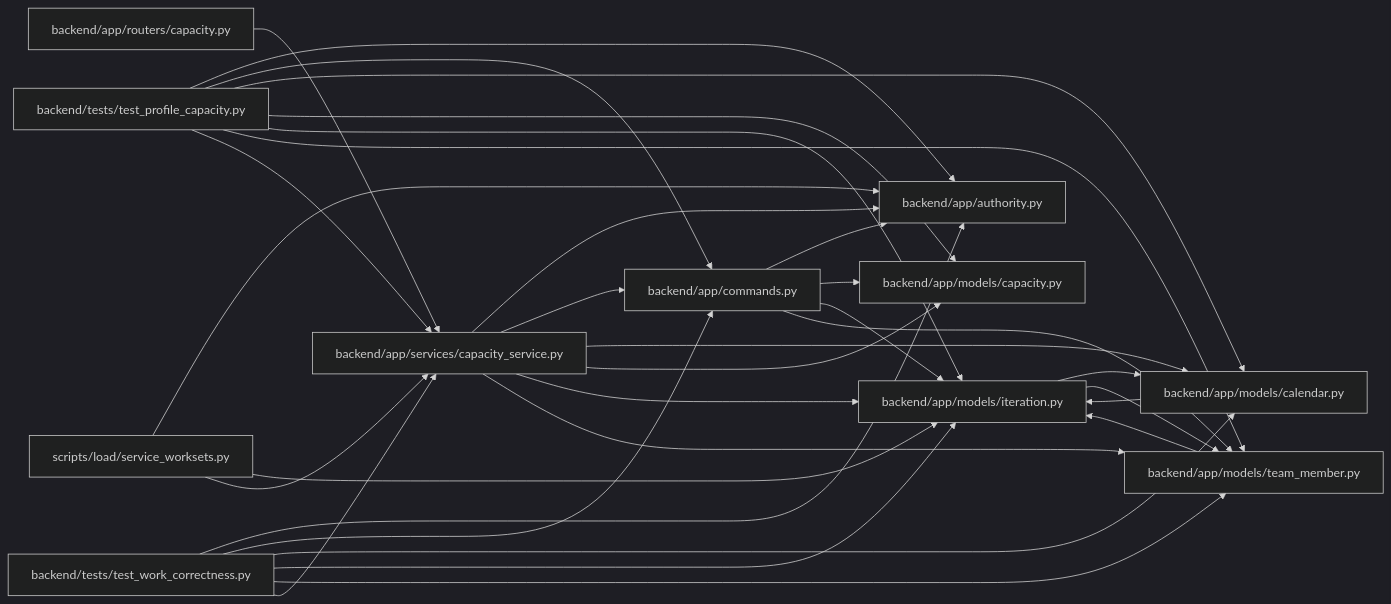
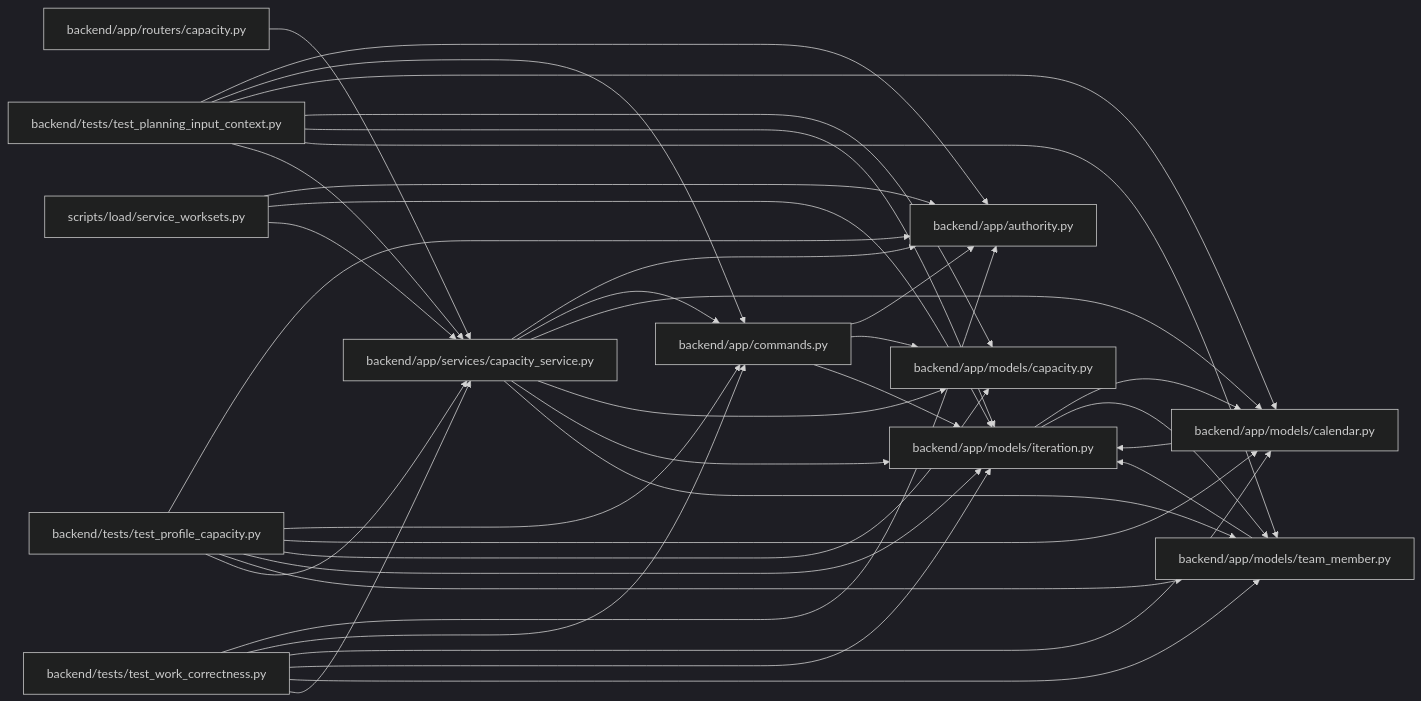
One commit to Denissvgn/WorkChord changed the diagram in docs/llm_wiki/modules/capacity_service.md. Above: the diagram before and after it, drawn with Mermaid (dark theme). The commit also changed other lines of this file and 476 other files, not shown here.

Commit message:
docs: document complete planning input observations

````diff
--- a/docs/llm_wiki/modules/capacity_service.md
+++ b/docs/llm_wiki/modules/capacity_service.md
@@ -25,56 +25,64 @@
 ```mermaid
 flowchart LR
     n0["backend/app/authority.py"]
     n1["backend/app/commands.py"]
     n2["backend/app/models/calendar.py"]
     n3["backend/app/models/capacity.py"]
     n4["backend/app/models/iteration.py"]
     n5["backend/app/models/team_member.py"]
     n6["backend/app/routers/capacity.py"]
     n7["backend/app/services/capacity_service.py"]
-    n8["backend/tests/test_profile_capacity.py"]
-    n9["backend/tests/test_work_correctness.py"]
-    n10["scripts/load/service_worksets.py"]
+    n8["backend/tests/test_planning_input_context.py"]
+    n9["backend/tests/test_profile_capacity.py"]
+    n10["backend/tests/test_work_correctness.py"]
+    n11["scripts/load/service_worksets.py"]
     n1 --> n0
     n1 --> n3
     n1 --> n4
-    n1 --> n5
     n2 --> n4
     n4 --> n2
     n4 --> n5
     n5 --> n4
     n6 --> n7
     n7 --> n0
     n7 --> n1
     n7 --> n2
     n7 --> n3
     n7 --> n4
     n7 --> n5
     n8 --> n0
     n8 --> n1
     n8 --> n2
     n8 --> n3
     n8 --> n4
     n8 --> n5
     n8 --> n7
     n9 --> n0
     n9 --> n1
     n9 --> n2
+    n9 --> n3
     n9 --> n4
     n9 --> n5
     n9 --> n7
     n10 --> n0
+    n10 --> n1
+    n10 --> n2
     n10 --> n4
+    n10 --> n5
     n10 --> n7
+    n11 --> n0
+    n11 --> n4
+    n11 --> n7
     click n0 "../modules/authority.md"
     click n1 "../modules/commands.md"
     click n2 "../modules/models_calendar.md"
     click n3 "../modules/models_capacity.md"
     click n4 "../modules/models_iteration.md"
     click n5 "../modules/team_member.md"
     click n6 "../modules/routers_capacity.md"
     click n7 "../modules/capacity_service.md"
-    click n8 "../modules/test_profile_capacity.md"
-    click n9 "../modules/test_work_correctness.md"
-    click n10 "../modules/service_worksets.md"
+    click n8 "../modules/test_planning_input_context.md"
+    click n9 "../modules/test_profile_capacity.md"
+    click n10 "../modules/test_work_correctness.md"
+    click n11 "../modules/service_worksets.md"
 ```
````
